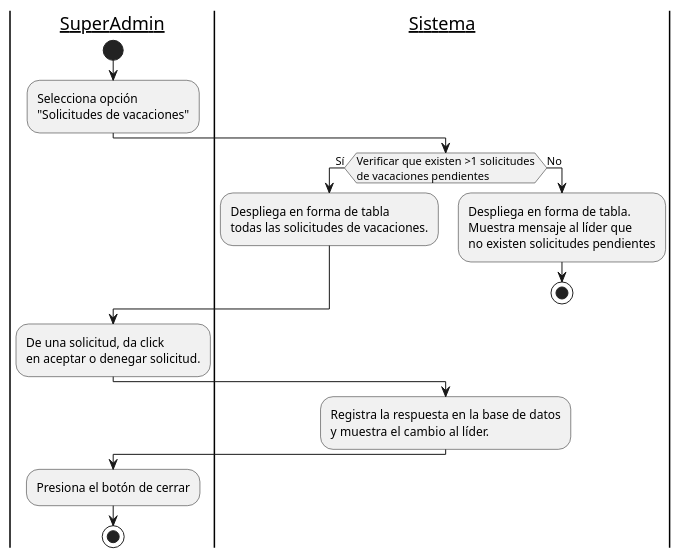
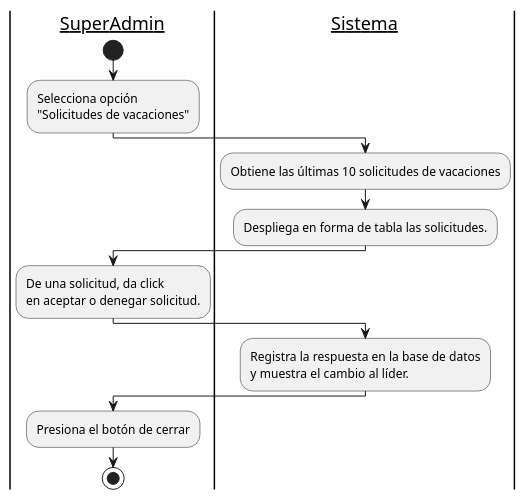
One commit to EdCanCe/WorkCells changed the diagram in diagrams/Casos de Uso/Mauricio/diagrama de actividad/CU02.puml. Above: the diagram before and after it, drawn with PlantUML. The commit also changed 4 other files, not shown here.

```diff
--- a/diagrams/Casos de Uso/Mauricio/diagrama de actividad/CU02.puml
+++ b/diagrams/Casos de Uso/Mauricio/diagrama de actividad/CU02.puml
@@ -1,26 +1,22 @@
 @startuml CU02 - SuperAdmin consulta solicitudes de vacaciones de colaborador - Diagrama de actividad
 
 |__SuperAdmin__|
 start
 :Selecciona opción\n"Solicitudes de vacaciones";
 
 |__Sistema__|
-if(Verificar que existen >1 solicitudes\nde vacaciones pendientes) then (Sí)
-    :Despliega en forma de tabla\ntodas las solicitudes de vacaciones.;
-else (No)
-    :Despliega en forma de tabla.\nMuestra mensaje al líder que\nno existen solicitudes pendientes;
-    stop
-endif
+:Obtiene las últimas 10 solicitudes de vacaciones;
+:Despliega en forma de tabla las solicitudes.;
 
 |__SuperAdmin__|
 :De una solicitud, da click\nen aceptar o denegar solicitud.;
 
 |__Sistema__|
 :Registra la respuesta en la base de datos\ny muestra el cambio al líder.;
 
 |__SuperAdmin__|
 :Presiona el botón de cerrar;
 
 stop
 
 @enduml
```
